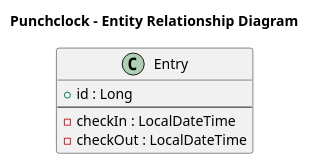
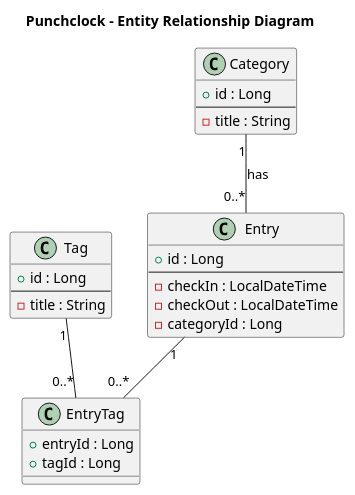
One commit to Firdaus-H/m223-264871-punchclock-Firdaus-H changed the diagram in docs/Erd.puml. Above: the diagram before and after it, drawn with PlantUML.

Commit message:
ERD update

```diff
--- a/docs/Erd.puml
+++ b/docs/Erd.puml
@@ -1,12 +1,34 @@
 @startuml EntityRelationshipDiagram
 
 title Punchclock - Entity Relationship Diagram
 
 class Entry {
     + id : Long
     --
     - checkIn : LocalDateTime
     - checkOut : LocalDateTime
+    - categoryId : Long
 }
 
+class Category {
+    + id : Long
+    --
+    - title : String
+}
+
+class Tag {
+    + id : Long
+    --
+    - title : String
+}
+
+class EntryTag {
+    + entryId : Long
+    + tagId : Long
+}
+
+Category "1" -- "0..*" Entry : has
+Entry "1" -- "0..*" EntryTag
+Tag "1" -- "0..*" EntryTag
+
 @enduml
```
